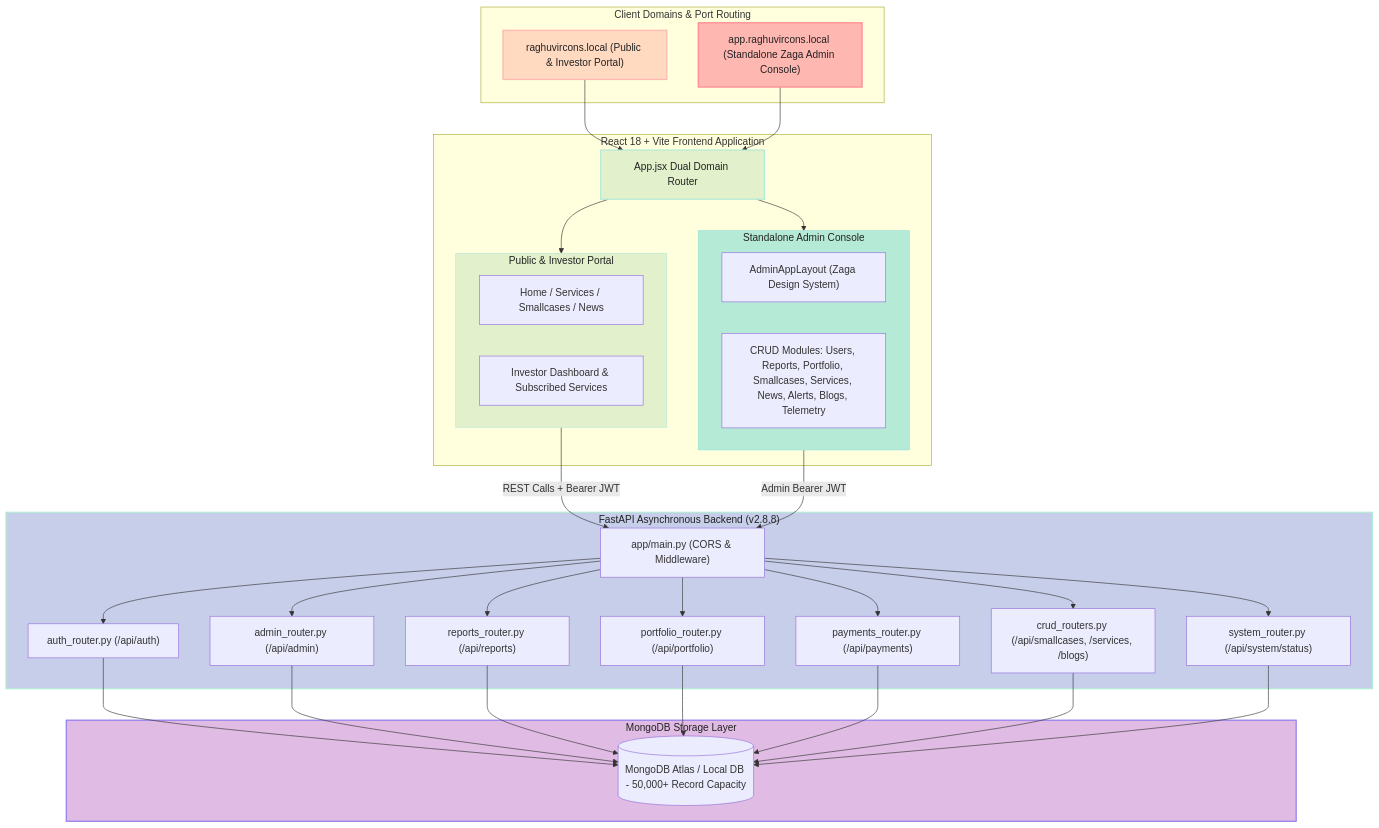
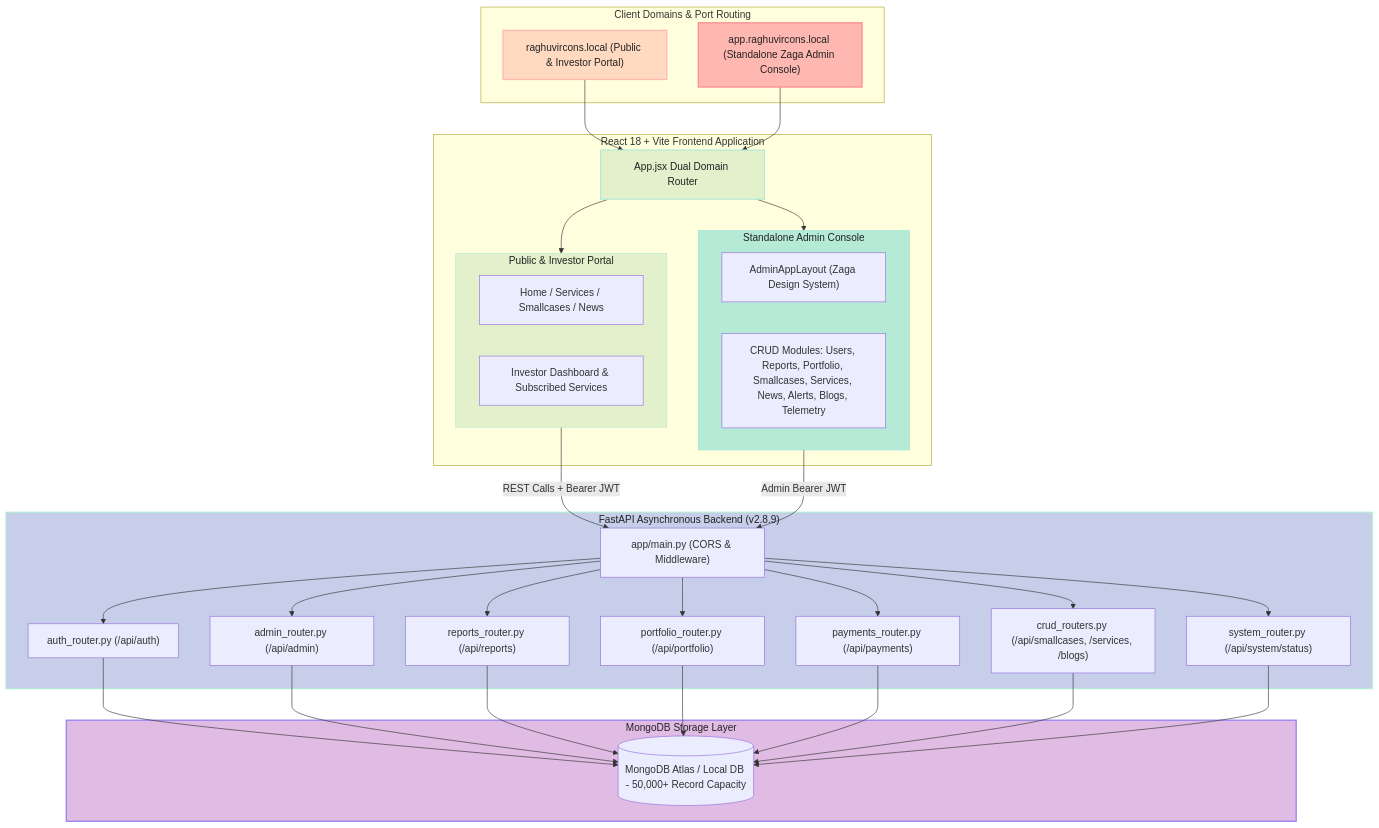
Before and after one commit to tejasrsuthar/investment-strategy-all-weather: the first of 2 diagrams in backend/docs/ARCHITECTURE.md, drawn with Mermaid. The commit also changed other lines of this file and 10 other files, not shown here.

````diff
--- a/backend/docs/ARCHITECTURE.md
+++ b/backend/docs/ARCHITECTURE.md
@@ -14,70 +14,70 @@
 ```mermaid
 graph TD
     subgraph ClientDomains["Client Domains & Port Routing"]
         PublicDomain["raghuvircons.local (Public & Investor Portal)"]
         AdminDomain["app.raghuvircons.local (Standalone Zaga Admin Console)"]
     end
 
     subgraph ReactFrontend["React 18 + Vite Frontend Application"]
         AppRouter["App.jsx Dual Domain Router"]
         
         subgraph PublicPortal["Public & Investor Portal"]
           PublicViews["Home / Services / Smallcases / News"]
           InvestorPortal["Investor Dashboard & Subscribed Services"]
         end
 
         subgraph ZagaAdmin["Standalone Admin Console"]
           AdminLayout["AdminAppLayout (Zaga Design System)"]
           AdminModules["CRUD Modules: Users, Reports, Portfolio, Smallcases, Services, News, Alerts, Blogs, Telemetry"]
         end
       end
 
-    subgraph FastAPIServer["FastAPI Asynchronous Backend (v2.8.8)"]
+    subgraph FastAPIServer["FastAPI Asynchronous Backend (v2.8.9)"]
         API["app/main.py (CORS & Middleware)"]
         AuthRouter["auth_router.py (/api/auth)"]
         AdminRouter["admin_router.py (/api/admin)"]
         ReportsRouter["reports_router.py (/api/reports)"]
         PortfolioRouter["portfolio_router.py (/api/portfolio)"]
         PaymentsRouter["payments_router.py (/api/payments)"]
         CRUDRouters["crud_routers.py (/api/smallcases, /services, /blogs)"]
         SystemRouter["system_router.py (/api/system/status)"]
     end
 
     subgraph DataStore["MongoDB Storage Layer"]
         MongoDB[(MongoDB Atlas / Local DB - 50,000+ Record Capacity)]
     end
 
     PublicDomain --> AppRouter
     AdminDomain --> AppRouter
 
     AppRouter --> PublicPortal
     AppRouter --> ZagaAdmin
 
     PublicPortal -->|REST Calls + Bearer JWT| API
     ZagaAdmin -->|Admin Bearer JWT| API
 
     API --> AuthRouter
     API --> AdminRouter
     API --> ReportsRouter
     API --> PortfolioRouter
     API --> PaymentsRouter
     API --> CRUDRouters
     API --> SystemRouter
 
     AuthRouter --> MongoDB
     AdminRouter --> MongoDB
     ReportsRouter --> MongoDB
     PortfolioRouter --> MongoDB
     PaymentsRouter --> MongoDB
     CRUDRouters --> MongoDB
     SystemRouter --> MongoDB
 
     %% Pastel Color Palette Styling
     style PublicDomain fill:#FFDAC1,stroke:#FFB7B2,stroke-width:2px,color:#222;
     style AdminDomain fill:#FFB7B2,stroke:#FF8B94,stroke-width:2px,color:#222;
     style AppRouter fill:#E2F0CB,stroke:#B5EAD7,stroke-width:2px,color:#222;
     style PublicPortal fill:#E2F0CB,stroke:#B5EAD7,stroke-width:1px,color:#222;
     style ZagaAdmin fill:#B5EAD7,stroke:#93E1D8,stroke-width:1px,color:#222;
     style FastAPIServer fill:#C7CEEA,stroke:#B5EAD7,stroke-width:2px,color:#222;
     style DataStore fill:#E0BBE4,stroke:#957FEF,stroke-width:2px,color:#222;
 ```
````
